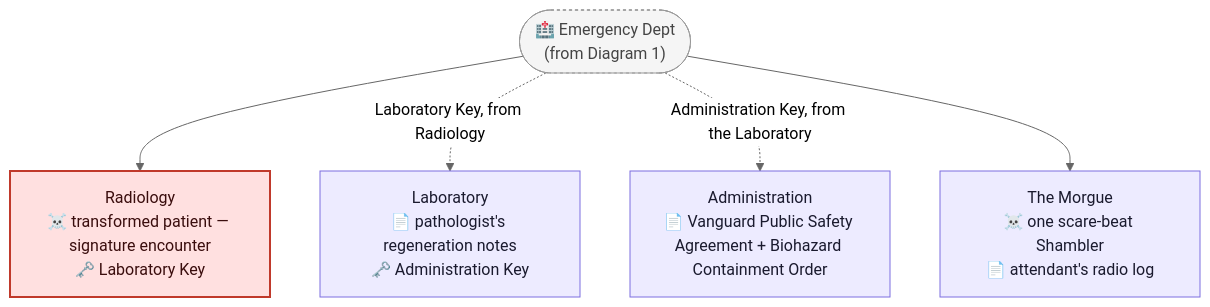
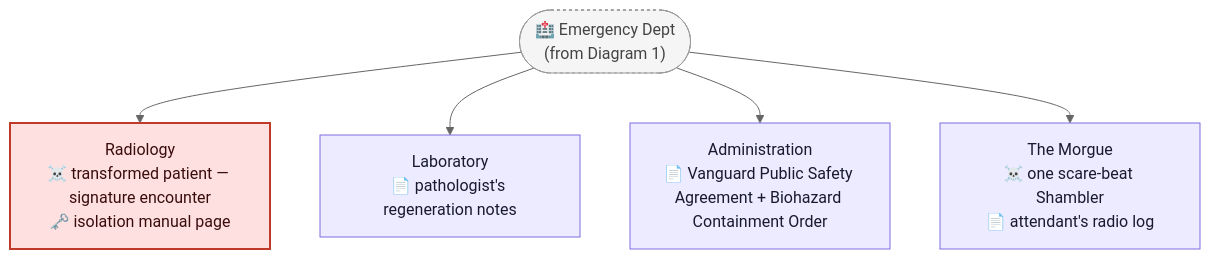
The second of 6 diagrams in DESIGN/Locations/Hospital.md (GIToez/Deadlock-Design), drawn with Mermaid (neutral theme) before and after one commit. The commit also changed other lines of this file and 8 other files, not shown here.

````diff
--- a/DESIGN/Locations/Hospital.md
+++ b/DESIGN/Locations/Hospital.md
@@ -432,20 +435,20 @@
 ```mermaid
 flowchart TD
     EDREF(["🏥 Emergency Dept<br/>(from Diagram 1)"])
-    RADIOLOGY["Radiology<br/>☠️ transformed patient — signature encounter<br/>🗝️ Laboratory Key"]
-    LAB["Laboratory<br/>📄 pathologist's regeneration notes<br/>🗝️ Administration Key"]
+    RADIOLOGY["Radiology<br/>☠️ transformed patient — signature encounter<br/>🗝️ isolation manual page"]
+    LAB["Laboratory<br/>📄 pathologist's regeneration notes"]
     ADMIN["Administration<br/>📄 Vanguard Public Safety Agreement + Biohazard Containment Order"]
     MORGUE["The Morgue<br/>☠️ one scare-beat Shambler<br/>📄 attendant's radio log"]
 
     EDREF --> RADIOLOGY
-    EDREF -. Laboratory Key, from Radiology .-> LAB
-    EDREF -. Administration Key, from the Laboratory .-> ADMIN
+    EDREF --> LAB
+    EDREF --> ADMIN
     EDREF --> MORGUE
 
     classDef room fill:#EDEBFF,stroke:#7C6EE0,color:#1a1a2e
     classDef boss fill:#FFE0E0,stroke:#C0392B,color:#3a0d0d,stroke-width:2px
     classDef ref fill:#F5F5F5,stroke:#999999,color:#444444,stroke-dasharray:3 3
     class EDREF ref
     class LAB,ADMIN,MORGUE room
     class RADIOLOGY boss
 ```
````
